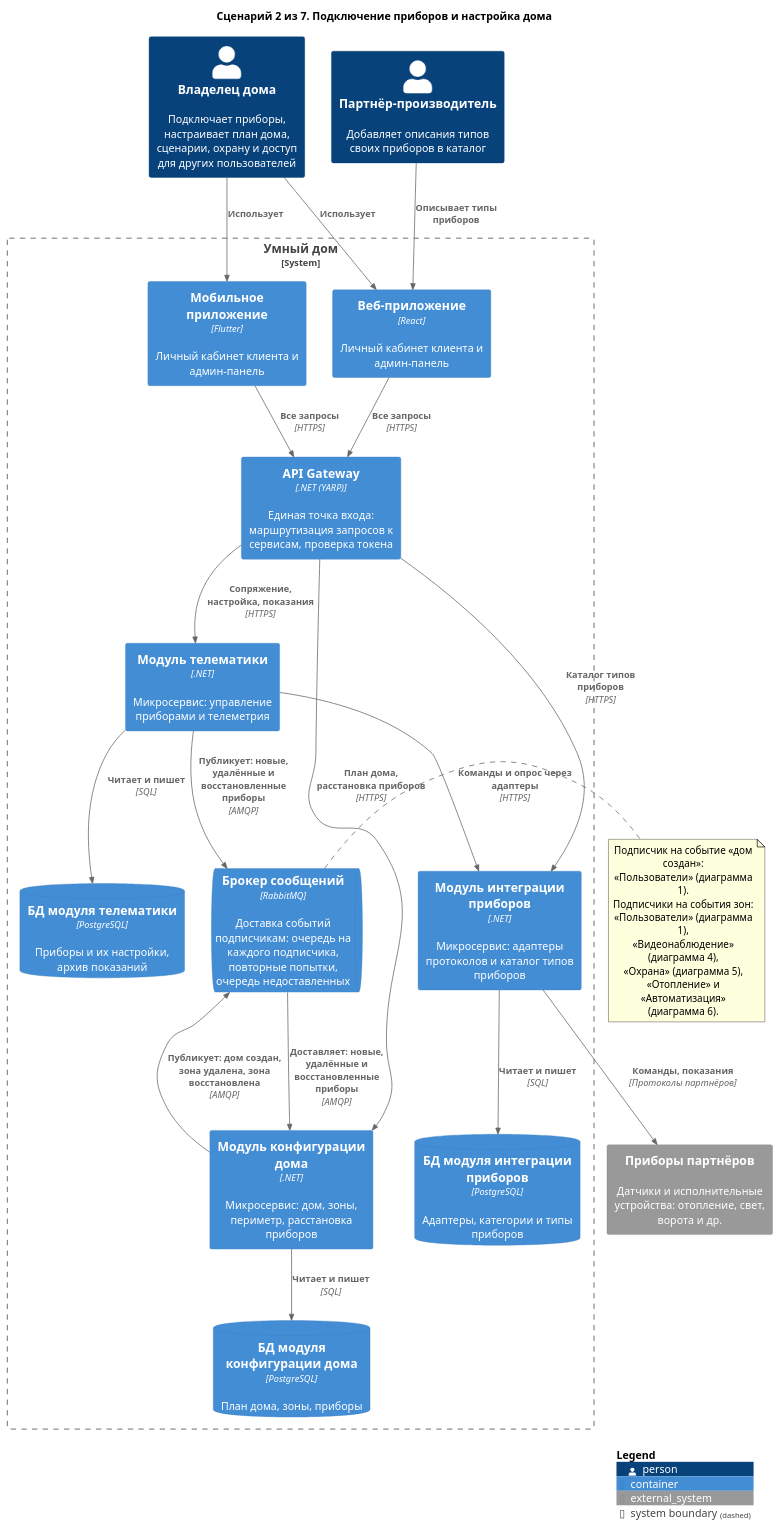
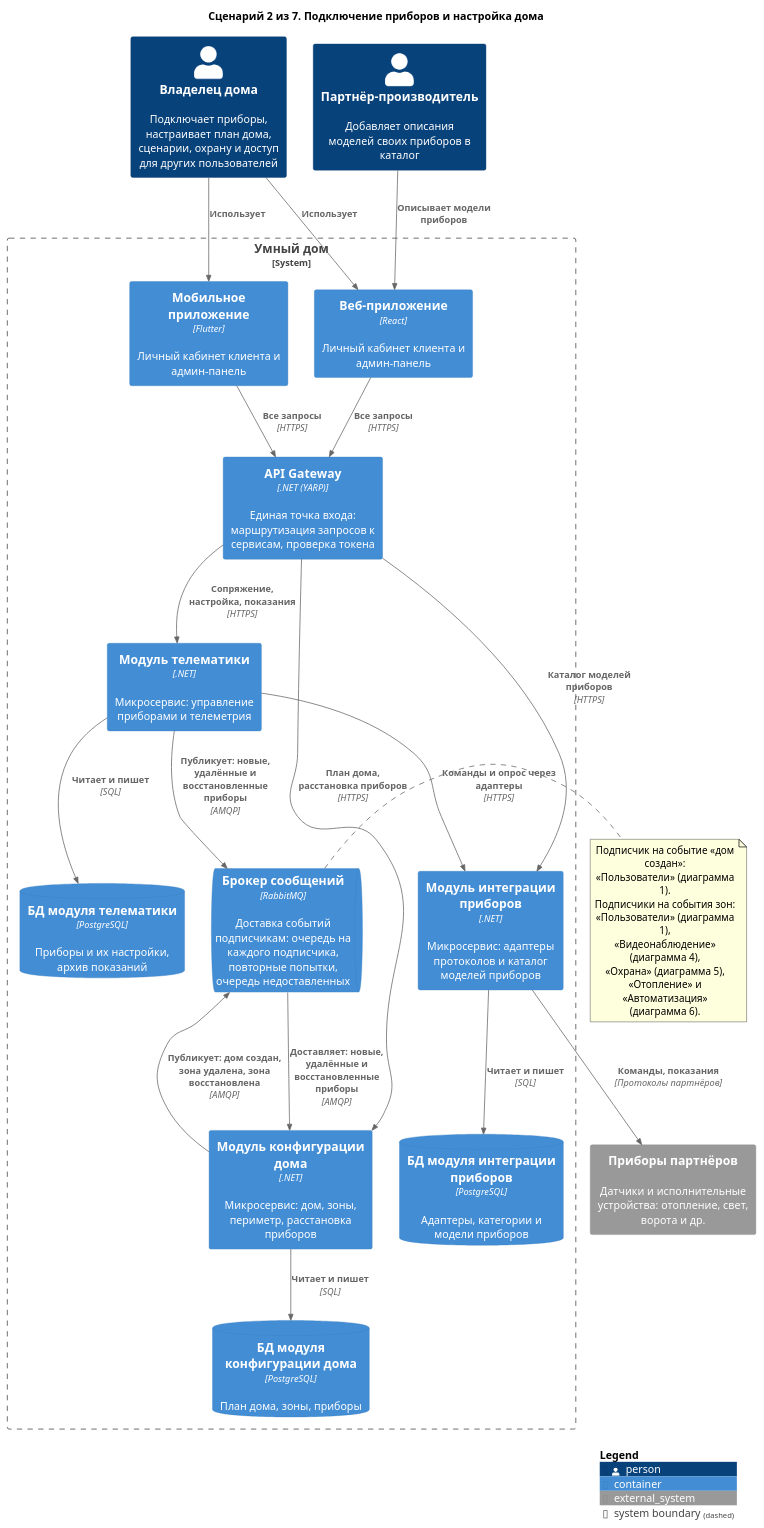
Before and after one commit to Lyamin-av/architecture-warmhouse: the diagram in diagrams/containers-scenarios/02-pairing-and-house-setup.puml, drawn with PlantUML. The commit also changed 25 other files, not shown here.

Commit message:
Переименование: «Тип прибора» → «Модель прибора» (каталог, ER, API); «контексты своего типа» → «своей категории»

```diff
--- a/diagrams/containers-scenarios/02-pairing-and-house-setup.puml
+++ b/diagrams/containers-scenarios/02-pairing-and-house-setup.puml
@@ -1,54 +1,54 @@
 @startuml 02-pairing-and-house-setup
 !include <C4/C4_Container>
 
 title Сценарий 2 из 7. Подключение приборов и настройка дома
 
 Person(owner, "Владелец дома", "Подключает приборы, настраивает план дома, сценарии, охрану и доступ для других пользователей")
-Person(partner, "Партнёр-производитель", "Добавляет описания типов своих приборов в каталог")
+Person(partner, "Партнёр-производитель", "Добавляет описания моделей своих приборов в каталог")
 
 System_Boundary(Warmhouse, "Умный дом") {
     Container(webapp, "Веб-приложение", "React", "Личный кабинет клиента и админ-панель")
     Container(mobile, "Мобильное приложение", "Flutter", "Личный кабинет клиента и админ-панель")
     Container(Gateway, "API Gateway", ".NET (YARP)", "Единая точка входа: маршрутизация запросов к сервисам, проверка токена")
     Container(Telematics, "Модуль телематики", ".NET", "Микросервис: управление приборами и телеметрия")
-    Container(DeviceIntegration, "Модуль интеграции приборов", ".NET", "Микросервис: адаптеры протоколов и каталог типов приборов")
+    Container(DeviceIntegration, "Модуль интеграции приборов", ".NET", "Микросервис: адаптеры протоколов и каталог моделей приборов")
     Container(HouseConfigurator, "Модуль конфигурации дома", ".NET", "Микросервис: дом, зоны, периметр, расстановка приборов")
     ContainerQueue(Broker, "Брокер сообщений", "RabbitMQ", "Доставка событий подписчикам: очередь на каждого подписчика, повторные попытки, очередь недоставленных")
     ContainerDb(dbTelematics, "БД модуля телематики", "PostgreSQL", "Приборы и их настройки, архив показаний")
-    ContainerDb(dbDIS, "БД модуля интеграции приборов", "PostgreSQL", "Адаптеры, категории и типы приборов")
+    ContainerDb(dbDIS, "БД модуля интеграции приборов", "PostgreSQL", "Адаптеры, категории и модели приборов")
     ContainerDb(dbHC, "БД модуля конфигурации дома", "PostgreSQL", "План дома, зоны, приборы")
 }
 
 System_Ext(devices, "Приборы партнёров", "Датчики и исполнительные устройства: отопление, свет, ворота и др.")
 
 Rel(owner, webapp, "Использует")
 Rel(owner, mobile, "Использует")
-Rel(partner, webapp, "Описывает типы приборов")
+Rel(partner, webapp, "Описывает модели приборов")
 Rel(webapp, Gateway, "Все запросы", "HTTPS")
 Rel(mobile, Gateway, "Все запросы", "HTTPS")
 Rel(Gateway, Telematics, "Сопряжение, настройка, показания", "HTTPS")
 Rel(Gateway, HouseConfigurator, "План дома, расстановка приборов", "HTTPS")
-Rel(Gateway, DeviceIntegration, "Каталог типов приборов", "HTTPS")
+Rel(Gateway, DeviceIntegration, "Каталог моделей приборов", "HTTPS")
 Rel(Telematics, DeviceIntegration, "Команды и опрос через адаптеры", "HTTPS")
 Rel(DeviceIntegration, devices, "Команды, показания", "Протоколы партнёров")
 Rel(Telematics, Broker, "Публикует: новые, удалённые и восстановленные приборы", "AMQP")
 Rel(Broker, HouseConfigurator, "Доставляет: новые, удалённые и восстановленные приборы", "AMQP")
 
 Rel(Telematics, dbTelematics, "Читает и пишет", "SQL")
 Rel(DeviceIntegration, dbDIS, "Читает и пишет", "SQL")
 Rel(HouseConfigurator, dbHC, "Читает и пишет", "SQL")
 Rel(HouseConfigurator, Broker, "Публикует: дом создан, зона удалена, зона восстановлена", "AMQP")
 
 note right of Broker
   Подписчик на событие «дом создан»:
   «Пользователи» (диаграмма 1).
   Подписчики на события зон:
   «Пользователи» (диаграмма 1),
   «Видеонаблюдение» (диаграмма 4),
   «Охрана» (диаграмма 5),
   «Отопление» и «Автоматизация»
   (диаграмма 6).
 end note
 
 SHOW_LEGEND()
 @enduml
```
